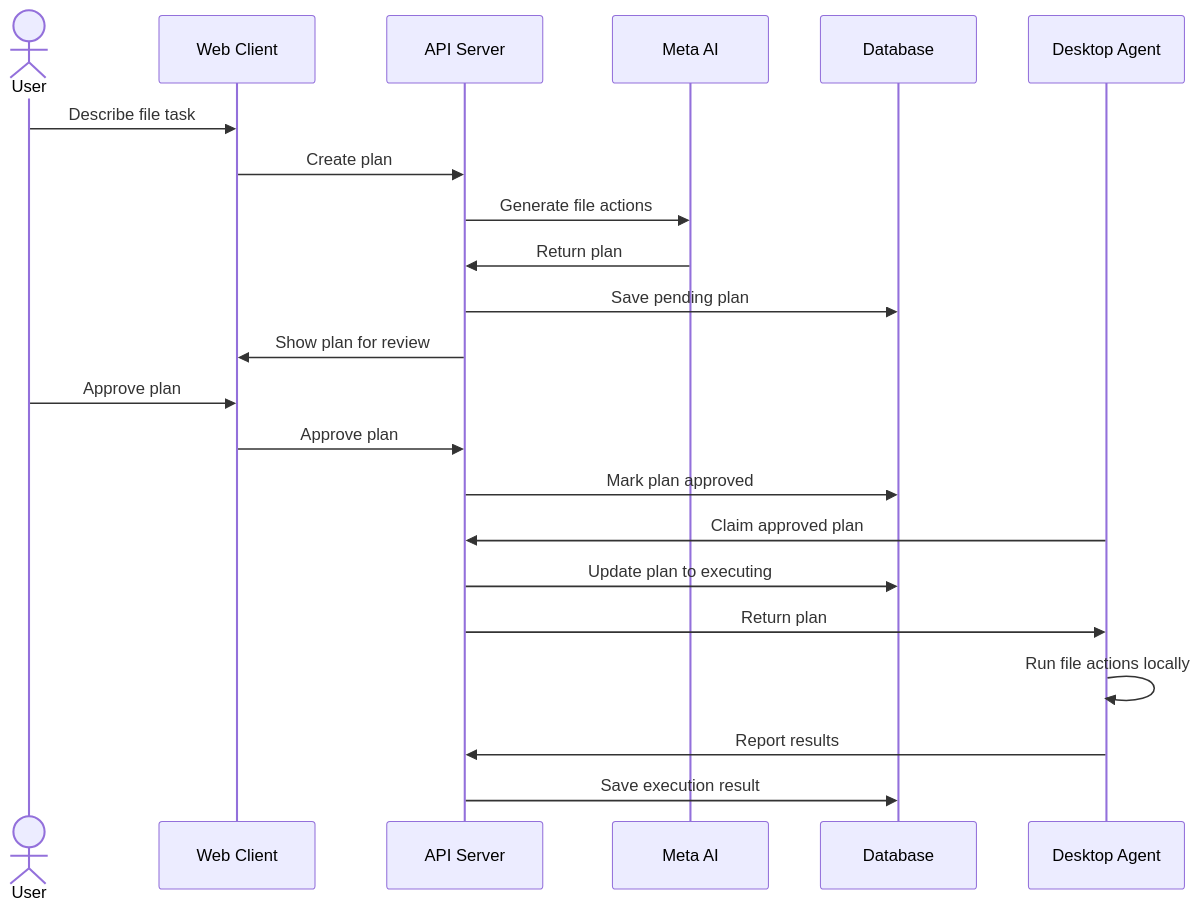
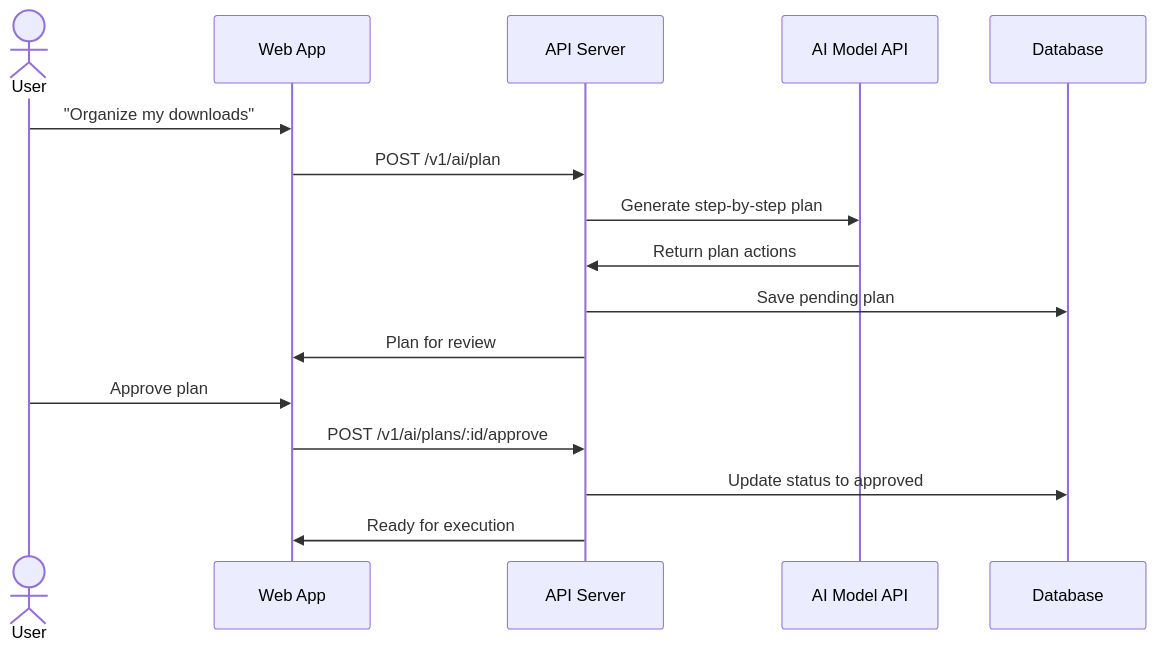
Before and after one commit to skido600/Visual-Workflow-Agent: the second of 4 diagrams in README.md, drawn with Mermaid. The commit also changed other lines of this file, not shown here.

````diff
--- a/README.md
+++ b/README.md
@@ -167,25 +48,19 @@
 ```mermaid
 sequenceDiagram
     actor User
-    participant Web as Web Client
+    participant WebApp as Web App
     participant API as API Server
-    participant Meta as Meta AI
+    participant AI as AI Model API
     participant DB as Database
-    participant Agent as Desktop Agent
 
-    User->>Web: Describe file task
-    Web->>API: Create plan
-    API->>Meta: Generate file actions
-    Meta->>API: Return plan
+    User->>WebApp: "Organize my downloads"
+    WebApp->>API: POST /v1/ai/plan
+    API->>AI: Generate step-by-step plan
+    AI->>API: Return plan actions
     API->>DB: Save pending plan
-    API->>Web: Show plan for review
-    User->>Web: Approve plan
-    Web->>API: Approve plan
-    API->>DB: Mark plan approved
-    Agent->>API: Claim approved plan
-    API->>DB: Update plan to executing
-    API->>Agent: Return plan
-    Agent->>Agent: Run file actions locally
-    Agent->>API: Report results
-    API->>DB: Save execution result
+    API->>WebApp: Plan for review
+    User->>WebApp: Approve plan
+    WebApp->>API: POST /v1/ai/plans/:id/approve
+    API->>DB: Update status to approved
+    API->>WebApp: Ready for execution
 ```
````
